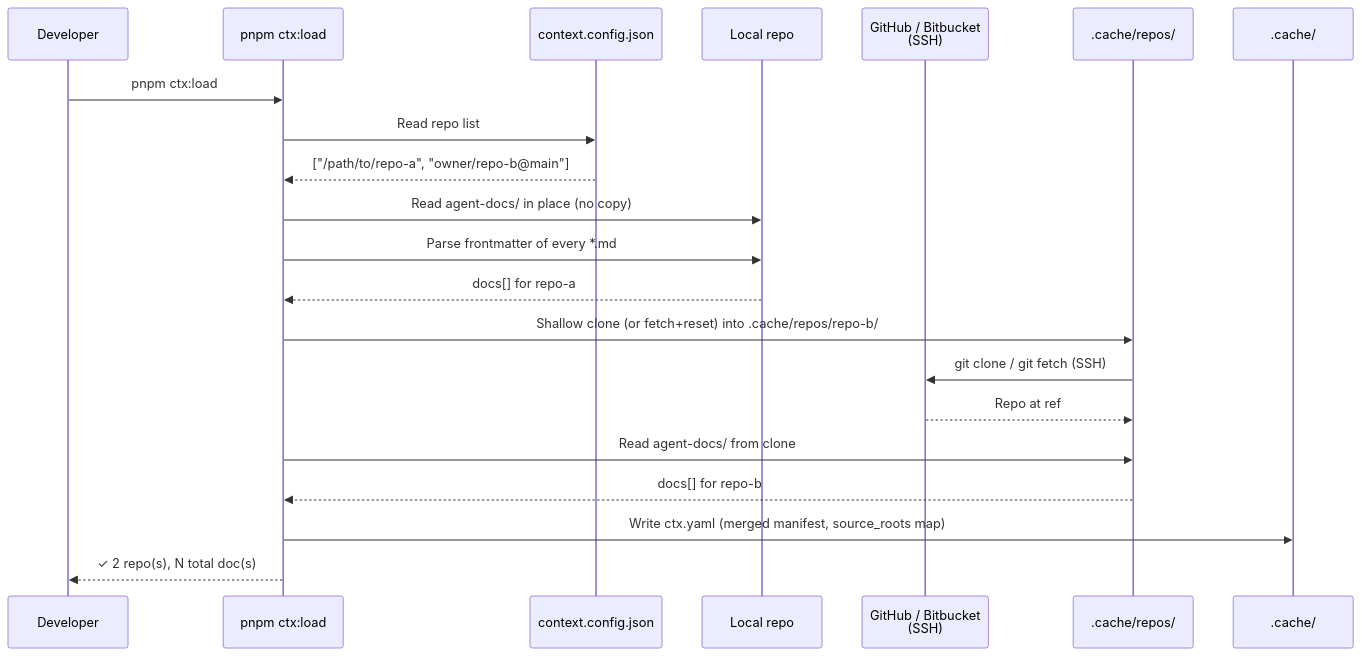
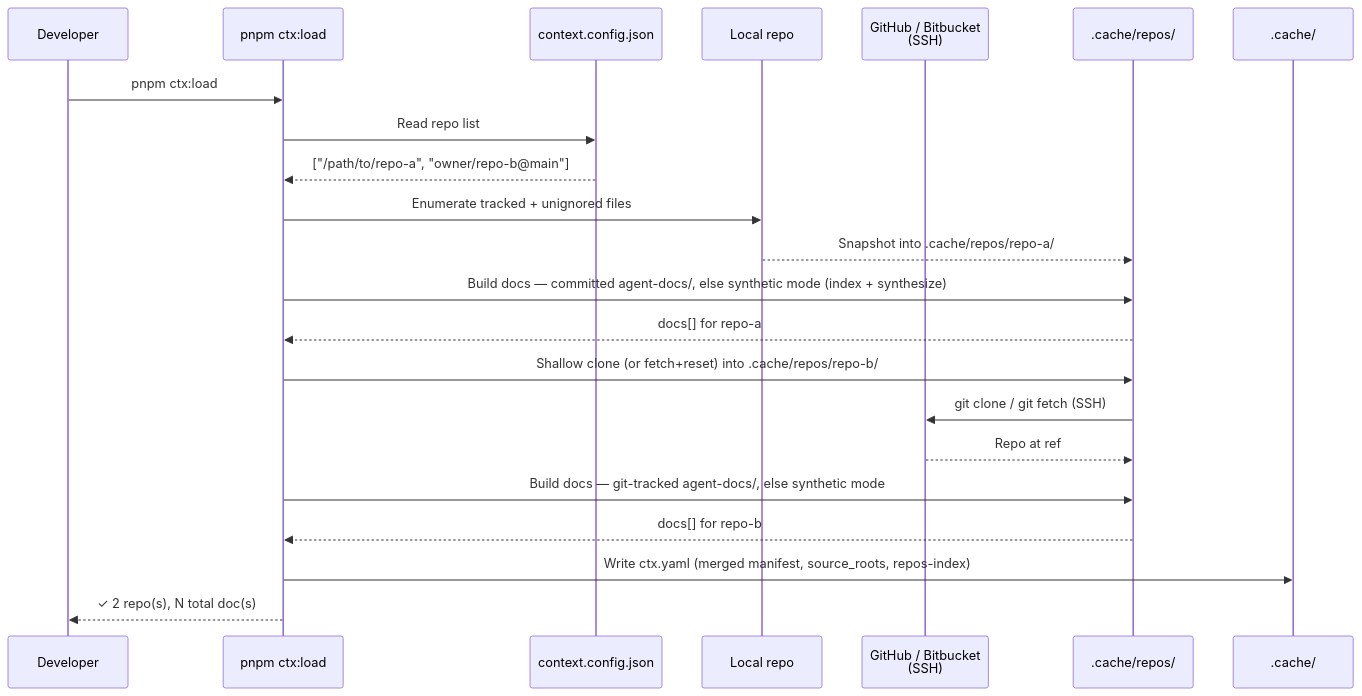
The second of 3 diagrams in README.md (ramushev/direct-context), drawn with Mermaid before and after one commit. The commit also changed other lines of this file and 6 other files, not shown here.

````diff
--- a/README.md
+++ b/README.md
@@ -283,28 +294,29 @@
 ```mermaid
 sequenceDiagram
     participant Dev as Developer
     participant CLI as pnpm ctx:load
     participant Cfg as context.config.json
     participant Local as Local repo
     participant Remote as GitHub / Bitbucket<br/>(SSH)
     participant Repos as .cache/repos/
     participant Cache as .cache/
 
     Dev->>CLI: pnpm ctx:load
     CLI->>Cfg: Read repo list
     Cfg-->>CLI: ["/path/to/repo-a", "owner/repo-b@main"]
 
-    CLI->>Local: Read agent-docs/ in place (no copy)
-    CLI->>Local: Parse frontmatter of every *.md
-    Local-->>CLI: docs[] for repo-a
+    CLI->>Local: Enumerate tracked + unignored files
+    Local-->>Repos: Snapshot into .cache/repos/repo-a/
+    CLI->>Repos: Build docs — committed agent-docs/, else synthetic mode (index + synthesize)
+    Repos-->>CLI: docs[] for repo-a
 
     CLI->>Repos: Shallow clone (or fetch+reset) into .cache/repos/repo-b/
     Repos->>Remote: git clone / git fetch (SSH)
     Remote-->>Repos: Repo at ref
-    CLI->>Repos: Read agent-docs/ from clone
+    CLI->>Repos: Build docs — git-tracked agent-docs/, else synthetic mode
     Repos-->>CLI: docs[] for repo-b
 
-    CLI->>Cache: Write ctx.yaml (merged manifest, source_roots map)
+    CLI->>Cache: Write ctx.yaml (merged manifest, source_roots, repos-index)
 
     CLI-->>Dev: ✓ 2 repo(s), N total doc(s)
 ```
````
